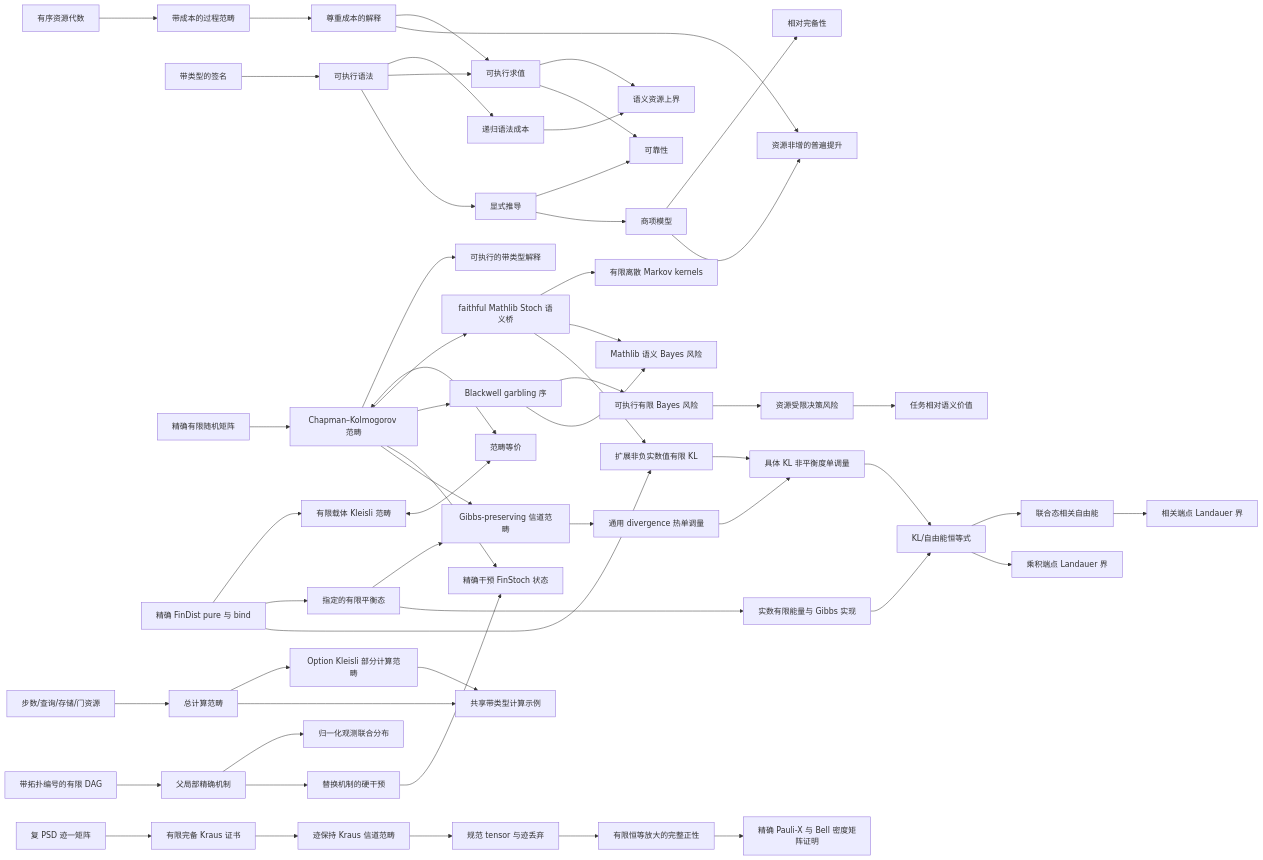
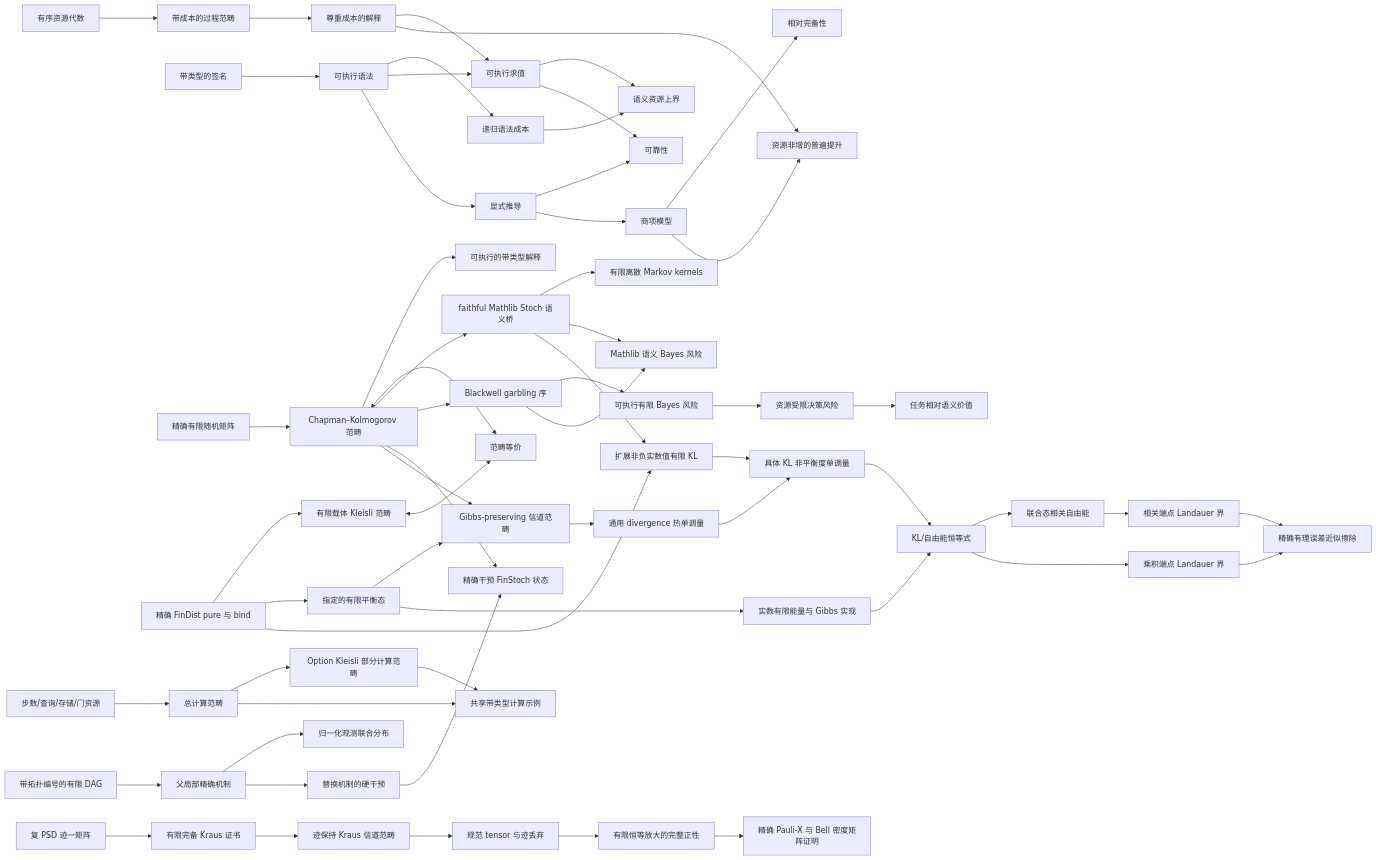
One commit to miuchan/ript changed the diagram in docs/README.zh-CN.md. Above: the diagram before and after it, drawn with Mermaid. The commit also changed other lines of this file and 11 other files, not shown here.

````diff
--- a/docs/README.zh-CN.md
+++ b/docs/README.zh-CN.md
@@ -862,59 +879,61 @@
 ```mermaid
 flowchart LR
   R["有序资源代数"] --> C["带成本的过程范畴"]
   S["带类型的签名"] --> X["可执行语法"]
   X --> K["递归语法成本"]
   C --> I["尊重成本的解释"]
   X --> E["可执行求值"]
   I --> E
   K --> B["语义资源上界"]
   E --> B
   X --> D["显式推导"]
   D --> SO["可靠性"]
   E --> SO
   D --> T["商项模型"]
   T --> CO["相对完备性"]
   I --> U["资源非增的普遍提升"]
   T --> U
   F["精确有限随机矩阵"] --> CK["Chapman–Kolmogorov 范畴"]
   CK --> EX["可执行的带类型解释"]
   FD["精确 FinDist pure 与 bind"] --> KL["有限载体 Kleisli 范畴"]
   CK <--> EQ["范畴等价"]
   KL <--> EQ
   CK --> ST["faithful Mathlib Stoch 语义桥"]
   ST --> MT["有限离散 Markov kernels"]
   CK --> BW["Blackwell garbling 序"]
   ST --> SB["Mathlib 语义 Bayes 风险"]
   BW --> FR["可执行有限 Bayes 风险"]
   FR --> RR["资源受限决策风险"]
   RR --> SV["任务相对语义价值"]
   BW --> SB
   CR["步数/查询/存储/门资源"] --> TC["总计算范畴"]
   TC --> PC["Option Kleisli 部分计算范畴"]
   TC --> CE["共享带类型计算示例"]
   PC --> CE
   DAG["带拓扑编号的有限 DAG"] --> CM["父局部精确机制"]
   CM --> OJ["归一化观测联合分布"]
   CM --> DO["替换机制的硬干预"]
   DO --> IS["精确干预 FinStoch 状态"]
   CK --> IS
   FD --> TE["指定的有限平衡态"]
   CK --> GP["Gibbs-preserving 信道范畴"]
   TE --> GP
   GP --> TM["通用 divergence 热单调量"]
   FD --> FKL["扩展非负实数值有限 KL"]
   ST --> FKL
   FKL --> KTM["具体 KL 非平衡度单调量"]
   TM --> KTM
   TE --> GD["实数有限能量与 Gibbs 实现"]
   GD --> FE["KL/自由能恒等式"]
   KTM --> FE
   FE --> Corr["联合态相关自由能"]
   FE --> LW["乘积端点 Landauer 界"]
   Corr --> CLW["相关端点 Landauer 界"]
+  LW --> AE["精确有理误差近似擦除"]
+  CLW --> AE
   QB["复 PSD 迹一矩阵"] --> QK["有限完备 Kraus 证书"]
   QK --> QC["迹保持 Kraus 信道范畴"]
   QC --> QT["规范 tensor 与迹丢弃"]
   QT --> QP["有限恒等放大的完整正性"]
   QP --> QX["精确 Pauli-X 与 Bell 密度矩阵证明"]
 ```
````
